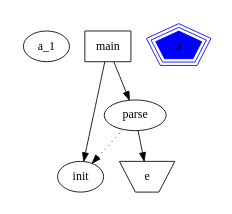
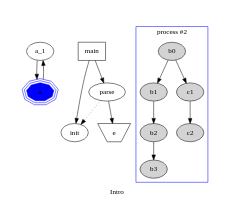
The diagram in graphviz/starting/test.gv (ptracton/experimental), drawn with Graphviz before and after one commit.

Commit message:
More updates and experiments

```diff
--- a/graphviz/starting/test.gv
+++ b/graphviz/starting/test.gv
@@ -1,11 +1,23 @@
 digraph G{
+	label = "Intro"
 	size = "1,1"
 	a_1 [texlbl="$\frac{\gamma}{2x^2+y^3}$"];
 	main [shape=box]; /* this is a comment */
 	main -> parse
 	main -> init
 	parse -> init [style=dotted];
 	e [shape=polygon,sides=4,distortion=.7];
 	parse -> e
-	a [shape=polygon,sides=5,peripheries=3,color=blue,style=filled];
+	a [shape=polygon,sides=9,peripheries=3,color=blue,style=filled];
+	a -> a_1 -> a
+	subgraph cluster1 {
+		node [style=filled];
+		b0 -> b1 -> b2 -> b3;
+		label = "process #2";
+		color=blue
+		b0 -> c1
+		subgraph foo{
+			c1 -> c2
+	}
+	}
 }
```
